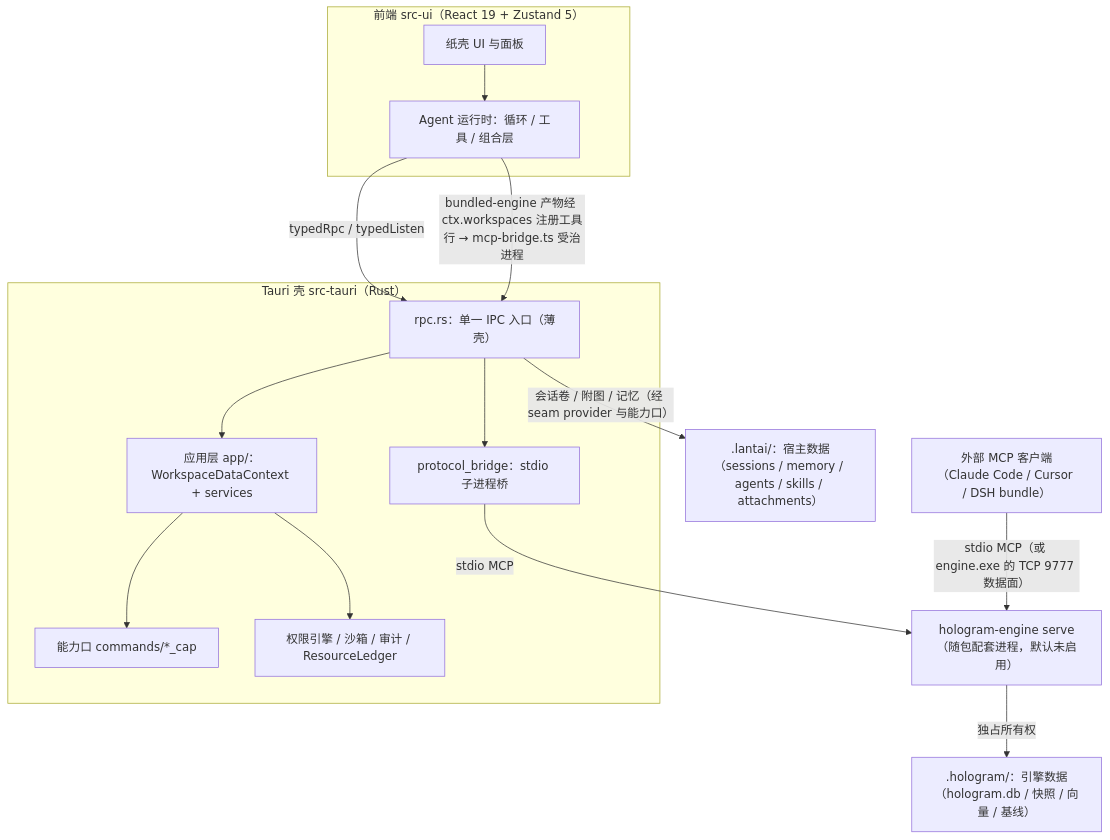
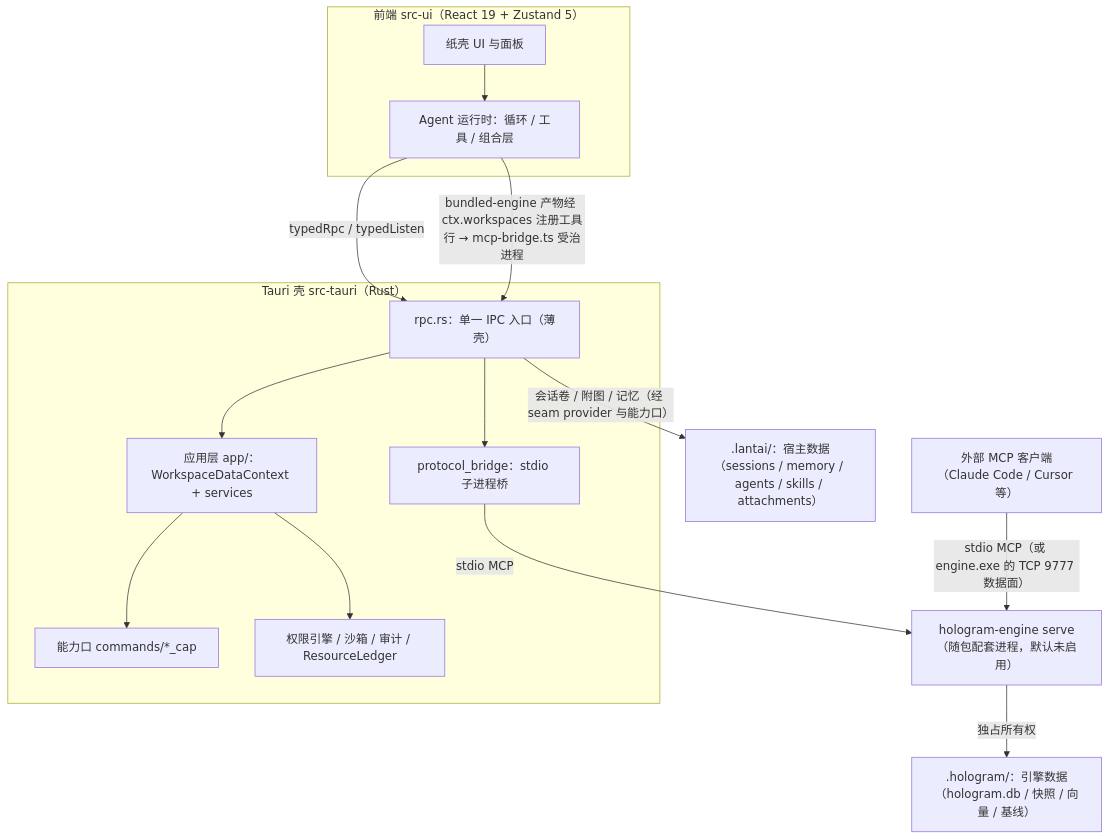
One commit to 834063245-creator/LantaiAgent changed the diagram in ARCHITECTURE.md. Above: the diagram before and after it, drawn with Mermaid. The commit also changed other lines of this file and 20 other files, not shown here.

First line of the commit message:
chore(release): 取消 DSH Bundle 支持——整包、发版腿与版本落点一并删除

````diff
--- a/ARCHITECTURE.md
+++ b/ARCHITECTURE.md
@@ -46,30 +46,30 @@
 ```mermaid
 flowchart TD
   subgraph FE["前端 src-ui（React 19 + Zustand 5）"]
     AGENT["Agent 运行时：循环 / 工具 / 组合层"]
     UI["纸壳 UI 与面板"]
   end
   subgraph SHELL["Tauri 壳 src-tauri（Rust）"]
     RPC["rpc.rs：单一 IPC 入口（薄壳）"]
     APP["应用层 app/：WorkspaceDataContext + services"]
     CAP["能力口 commands/*_cap"]
     GUARD["权限引擎 / 沙箱 / 审计 / ResourceLedger"]
     PB["protocol_bridge：stdio 子进程桥"]
   end
   ENGINE["hologram-engine serve（随包配套进程，默认未启用）"]
   WS[".lantai/：宿主数据（sessions / memory / agents / skills / attachments）"]
   HOLO[".hologram/：引擎数据（hologram.db / 快照 / 向量 / 基线）"]
-  EXT["外部 MCP 客户端（Claude Code / Cursor / DSH bundle）"]
+  EXT["外部 MCP 客户端（Claude Code / Cursor 等）"]
 
   UI --> AGENT
   AGENT -- "typedRpc / typedListen" --> RPC
   RPC --> APP
   APP --> CAP
   APP --> GUARD
   AGENT -- "bundled-engine 产物经 ctx.workspaces 注册工具行 → mcp-bridge.ts 受治进程" --> RPC
   RPC --> PB
   PB -- "stdio MCP" --> ENGINE
   RPC -- "会话卷 / 附图 / 记忆（经 seam provider 与能力口）" --> WS
   ENGINE -- "独占所有权" --> HOLO
   EXT -- "stdio MCP（或 engine.exe 的 TCP 9777 数据面）" --> ENGINE
 ```
````
